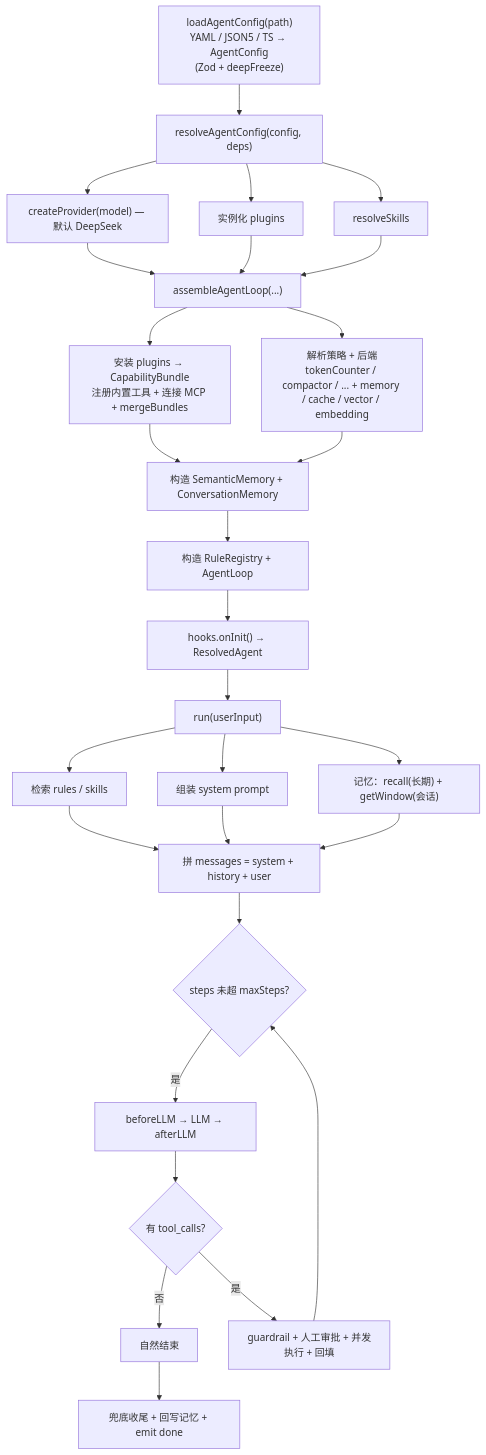
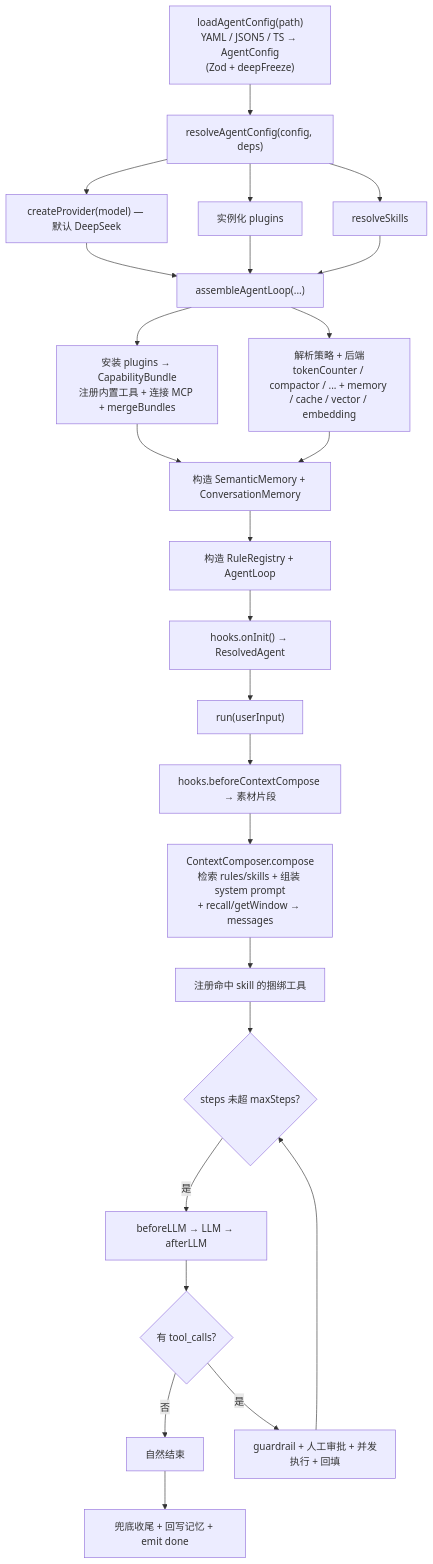
One commit to lhx-space/agent-engine changed the diagram in packages/core/README.zh-cn.md. Above: the diagram before and after it, drawn with Mermaid. The commit also changed other lines of this file and 2 other files, not shown here.

Commit message:
docs: 同步 README 与 AGENTS.md 的 ContextComposer 落地

````diff
--- a/packages/core/README.zh-cn.md
+++ b/packages/core/README.zh-cn.md
@@ -77,31 +81,28 @@
 ```mermaid
 flowchart TD
     A["loadAgentConfig(path)<br/>YAML / JSON5 / TS → AgentConfig<br/>(Zod + deepFreeze)"] --> B["resolveAgentConfig(config, deps)"]
     B --> C["createProvider(model) — 默认 DeepSeek"]
     B --> D["实例化 plugins"]
     B --> E["resolveSkills"]
     C --> F["assembleAgentLoop(...)"]
     D --> F
     E --> F
     F --> G["安装 plugins → CapabilityBundle<br/>注册内置工具 + 连接 MCP + mergeBundles"]
     F --> H["解析策略 + 后端<br/>tokenCounter / compactor / ... + memory / cache / vector / embedding"]
     G --> I["构造 SemanticMemory + ConversationMemory"]
     H --> I
     I --> J["构造 RuleRegistry + AgentLoop"]
     J --> K["hooks.onInit() → ResolvedAgent"]
 
     K --> R["run(userInput)"]
-    R --> S["检索 rules / skills"]
-    R --> T["组装 system prompt"]
-    R --> U["记忆：recall(长期) + getWindow(会话)"]
-    S --> V["拼 messages = system + history + user"]
-    T --> V
-    U --> V
+    R --> S["hooks.beforeContextCompose → 素材片段"]
+    S --> T["ContextComposer.compose<br/>检索 rules/skills + 组装 system prompt<br/>+ recall/getWindow → messages"]
+    T --> V["注册命中 skill 的捆绑工具"]
     V --> W{"steps 未超 maxSteps?"}
     W -- 是 --> X["beforeLLM → LLM → afterLLM"]
     X --> Y{"有 tool_calls?"}
     Y -- 否 --> Z["自然结束"]
     Y -- 是 --> AA["guardrail + 人工审批 + 并发执行 + 回填"]
     AA --> W
     Z --> AB["兜底收尾 + 回写记忆 + emit done"]
 ```
````
